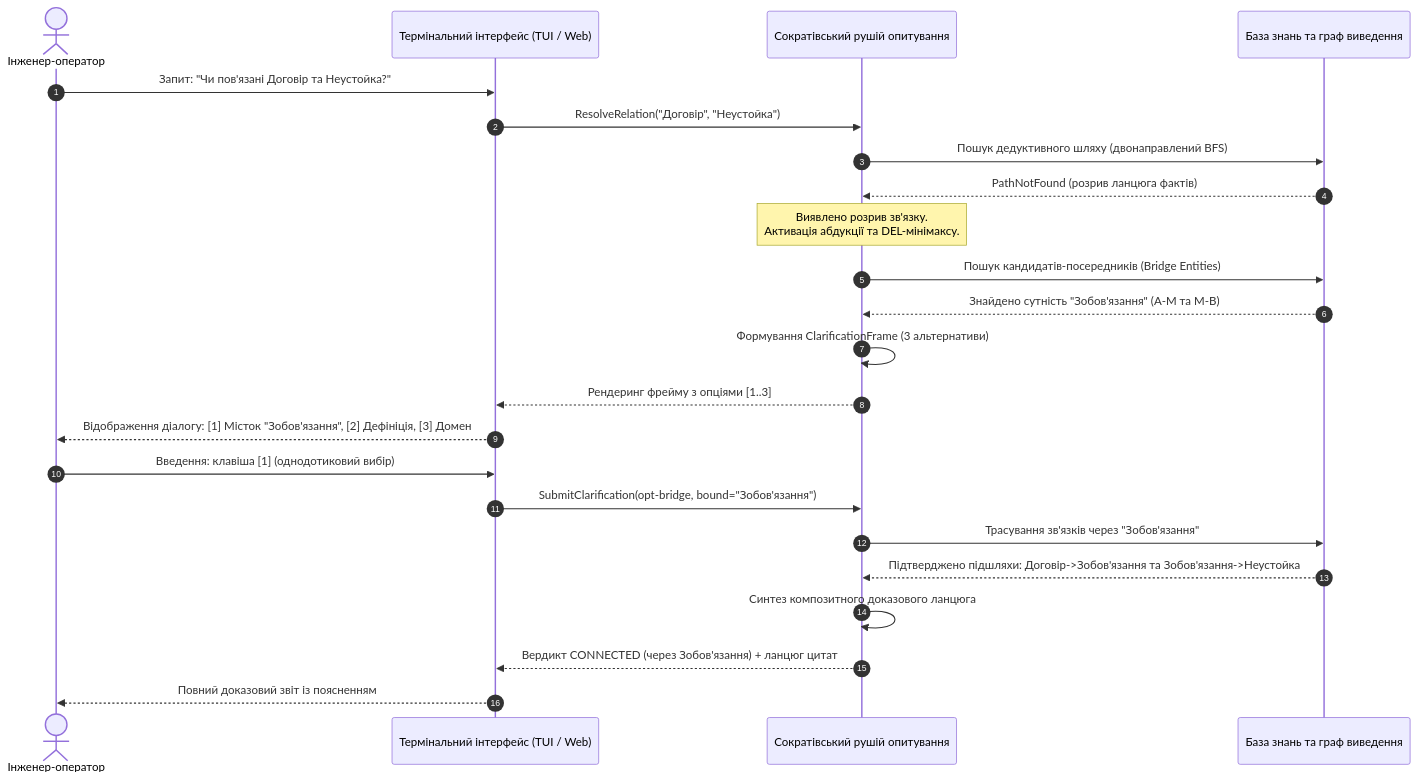
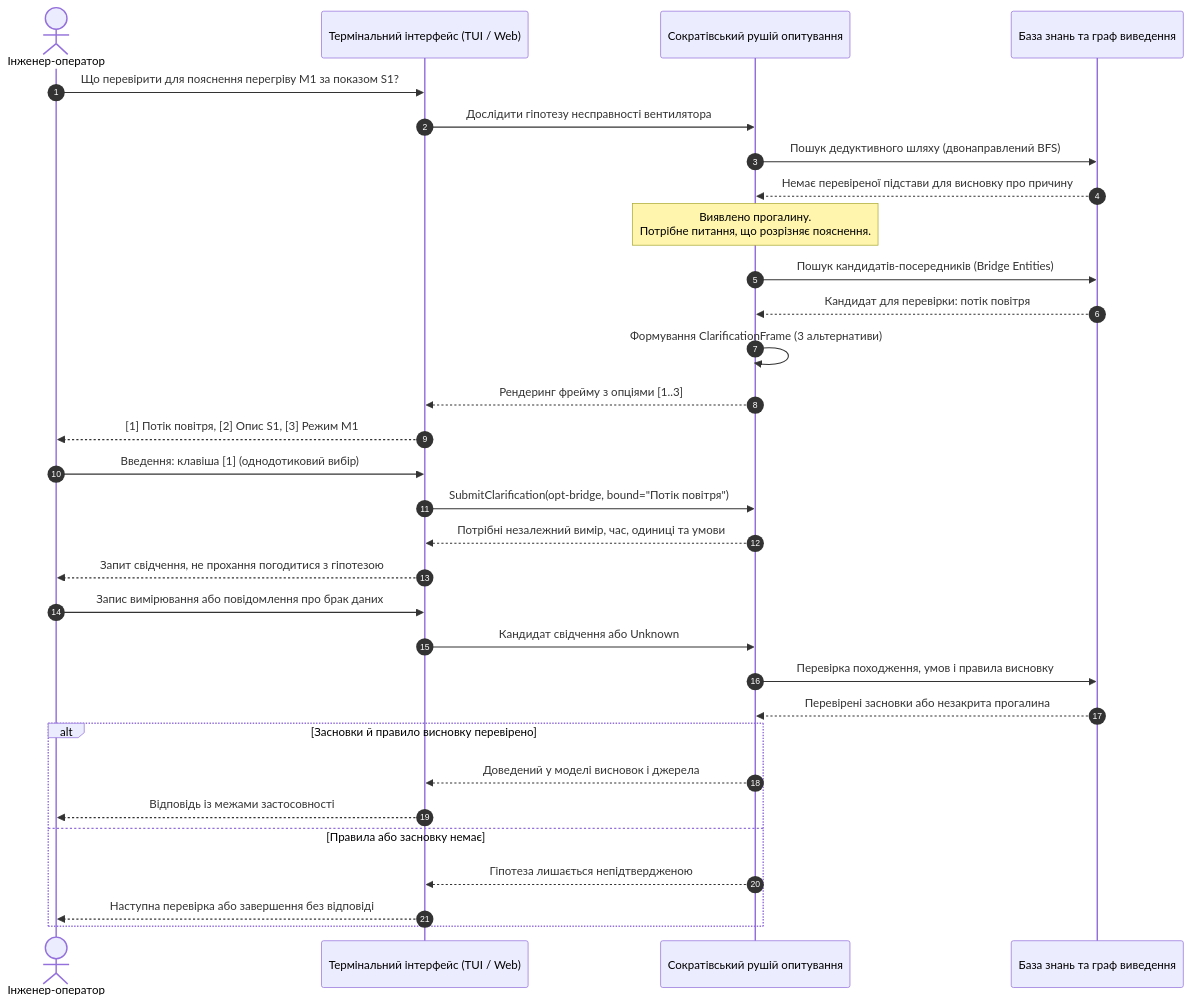
Before and after one commit to nick-fedchik/articles: the fifth of 6 diagrams in ExpertSystem/ch34-deterministic-relational-analysis-abduction-and-socratic-dialogue.md, drawn with Mermaid. The commit also changed other lines of this file and 7 other files, not shown here.

````diff
--- a/ExpertSystem/ch34-deterministic-relational-analysis-abduction-and-socratic-dialogue.md
+++ b/ExpertSystem/ch34-deterministic-relational-analysis-abduction-and-socratic-dialogue.md
@@ -461,31 +589,39 @@
 ```mermaid
 sequenceDiagram
     autonumber
     accTitle: Протокол інтерактивного сократівського уточнення зі змішаною ініціативою
-    accDescr: Взаємодія між інженером-оператором, UI-терміналом, сократівським опитувачем та символьною базою знань при неповноті даних.
+	accDescr: Для перегріву M1 за показом S1 оператор обирає перевірку потоку повітря, надає свідчення або позначає їхню відсутність; сам вибір не доводить причини.
     actor Op as Інженер-оператор
     participant UI as Термінальний інтерфейс (TUI / Web)
     participant Engine as Сократівський рушій опитування
     participant KB as База знань та граф виведення
 
-    Op->>UI: Запит: "Чи пов'язані Договір та Неустойка?"
-    UI->>Engine: ResolveRelation("Договір", "Неустойка")
+	Op->>UI: Що перевірити для пояснення перегріву M1 за показом S1?
+	UI->>Engine: Дослідити гіпотезу несправності вентилятора
     Engine->>KB: Пошук дедуктивного шляху (двонаправлений BFS)
-    KB-->>Engine: PathNotFound (розрив ланцюга фактів)
+	KB-->>Engine: Немає перевіреної підстави для висновку про причину
 
-    Note over Engine: Виявлено розрив зв'язку.<br/>Активація абдукції та DEL-мінімаксу.
+	Note over Engine: Виявлено прогалину.<br/>Потрібне питання, що розрізняє пояснення.
     Engine->>KB: Пошук кандидатів-посередників (Bridge Entities)
-    KB-->>Engine: Знайдено сутність "Зобов'язання" (A-M та M-B)
+	KB-->>Engine: Кандидат для перевірки: потік повітря
     Engine->>Engine: Формування ClarificationFrame (3 альтернативи)
     Engine-->>UI: Рендеринг фрейму з опціями [1..3]
 
-    UI-->>Op: Відображення діалогу: [1] Місток "Зобов'язання", [2] Дефініція, [3] Домен
+	UI-->>Op: [1] Потік повітря, [2] Опис S1, [3] Режим M1
     Op->>UI: Введення: клавіша [1] (однодотиковий вибір)
-    UI->>Engine: SubmitClarification(opt-bridge, bound="Зобов'язання")
+	UI->>Engine: SubmitClarification(opt-bridge, bound="Потік повітря")
 
-    Engine->>KB: Трасування зв'язків через "Зобов'язання"
-    KB-->>Engine: Підтверджено підшляхи: Договір->Зобов'язання та Зобов'язання->Неустойка
-    Engine->>Engine: Синтез композитного доказового ланцюга
-    Engine-->>UI: Вердикт CONNECTED (через Зобов'язання) + ланцюг цитат
-    UI-->>Op: Повний доказовий звіт із поясненням
+	Engine-->>UI: Потрібні незалежний вимір, час, одиниці та умови
+	UI-->>Op: Запит свідчення, не прохання погодитися з гіпотезою
+	Op->>UI: Запис вимірювання або повідомлення про брак даних
+	UI->>Engine: Кандидат свідчення або Unknown
+	Engine->>KB: Перевірка походження, умов і правила висновку
+	KB-->>Engine: Перевірені засновки або незакрита прогалина
+	alt Засновки й правило висновку перевірено
+		Engine-->>UI: Доведений у моделі висновок і джерела
+		UI-->>Op: Відповідь із межами застосовності
+	else Правила або засновку немає
+		Engine-->>UI: Гіпотеза лишається непідтвердженою
+		UI-->>Op: Наступна перевірка або завершення без відповіді
+	end
 ```
````
